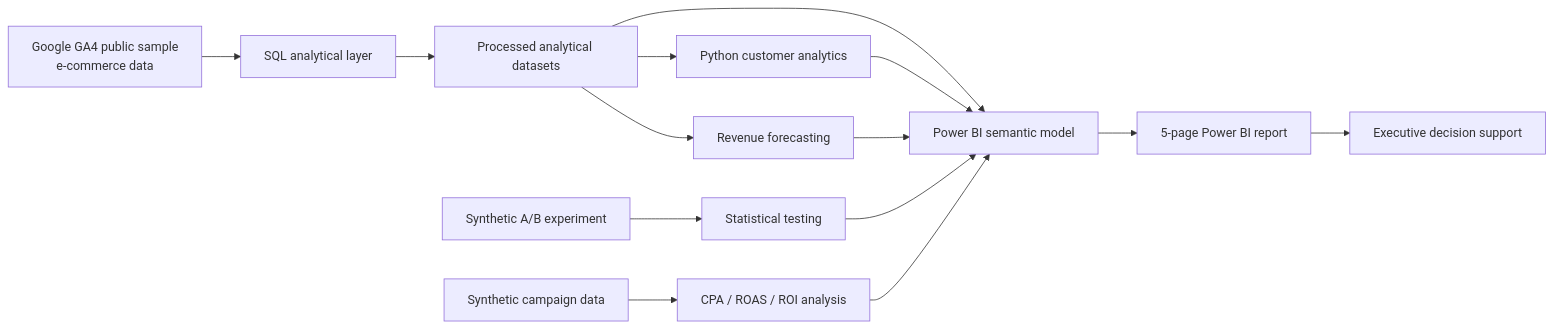
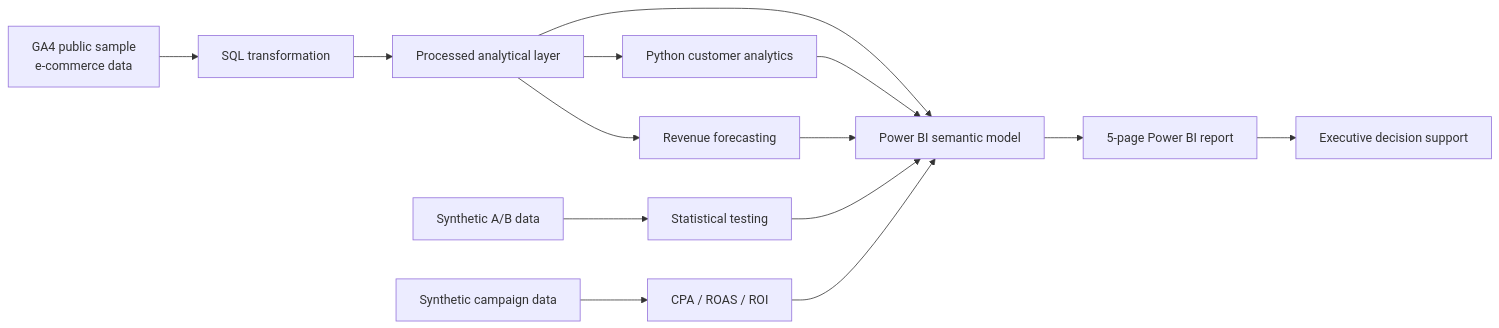
The diagram in README.md (tosinmulero/customer-360-revenue-growth-analytics), drawn with Mermaid before and after one commit. The commit also changed other lines of this file and 3 other files, not shown here.

````diff
--- a/README.md
+++ b/README.md
@@ -65,16 +71,16 @@
 ```mermaid
 flowchart LR
-    A["Google GA4 public sample<br/>e-commerce data"] --> B["SQL analytical layer"]
-    B --> C["Processed analytical datasets"]
+    A["GA4 public sample<br/>e-commerce data"] --> B["SQL transformation"]
+    B --> C["Processed analytical layer"]
     C --> D["Python customer analytics"]
     C --> E["Revenue forecasting"]
     C --> F["Power BI semantic model"]
-    G["Synthetic A/B experiment"] --> H["Statistical testing"]
-    I["Synthetic campaign data"] --> J["CPA / ROAS / ROI analysis"]
+    G["Synthetic A/B data"] --> H["Statistical testing"]
+    I["Synthetic campaign data"] --> J["CPA / ROAS / ROI"]
     D --> F
     E --> F
     H --> F
     J --> F
     F --> K["5-page Power BI report"]
     K --> L["Executive decision support"]
 ```
````
